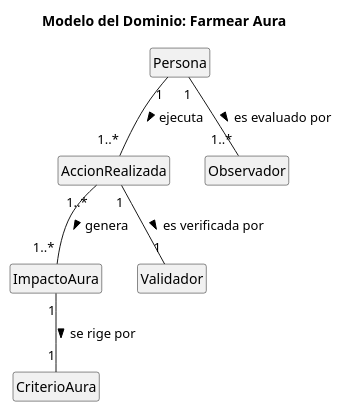
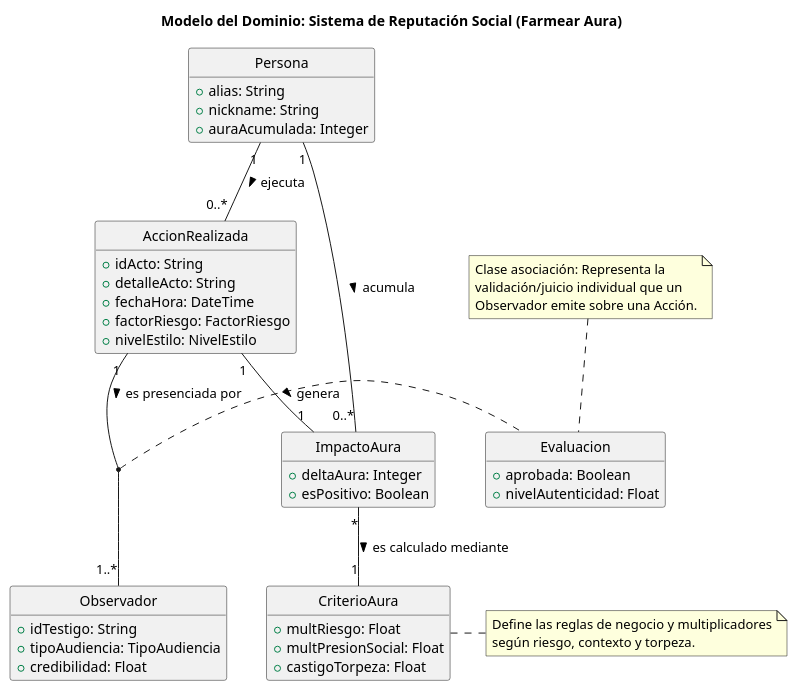
The diagram in entregas/MuciñoEmilio/FarmearAura/FarmearAura.puml (Emiliomuci/26-27-idsw1), drawn with PlantUML before and after one commit.

Commit message:
actualizar modelo de dominio y diagramas de FarmearAura
actualizar glosario, decisiones de modelado y diagrama UML con clase asociación

```diff
--- a/entregas/MuciñoEmilio/FarmearAura/FarmearAura.puml
+++ b/entregas/MuciñoEmilio/FarmearAura/FarmearAura.puml
@@ -1,20 +1,64 @@
 @startuml
 skinparam style strictuml
 hide empty members
 
-title Modelo del Dominio: Farmear Aura
+title Modelo del Dominio: Sistema de Reputación Social (Farmear Aura)
 
-class Persona
-class AccionRealizada
-class ImpactoAura
-class Observador
-class Validador
-class CriterioAura
+class Persona {
+  + alias: String
+  + nickname: String
+  + auraAcumulada: Integer
+}
 
-Persona "1" -- "1..*" AccionRealizada : ejecuta >
-AccionRealizada "1..*" -- "1..*" ImpactoAura : genera >
-Persona "1" -- "1..*" Observador : es evaluado por >
-AccionRealizada "1" -- "1" Validador : es verificada por >
-ImpactoAura "1" -- "1" CriterioAura : se rige por >
+class AccionRealizada {
+  + idActo: String
+  + detalleActo: String
+  + fechaHora: DateTime
+  + factorRiesgo: FactorRiesgo
+  + nivelEstilo: NivelEstilo
+}
+
+class Observador {
+  + idTestigo: String
+  + tipoAudiencia: TipoAudiencia
+  + credibilidad: Float
+}
+
+class Evaluacion {
+  + aprobada: Boolean
+  + nivelAutenticidad: Float
+}
+
+class CriterioAura {
+  + multRiesgo: Float
+  + multPresionSocial: Float
+  + castigoTorpeza: Float
+}
+
+class ImpactoAura {
+  + deltaAura: Integer
+  + esPositivo: Boolean
+}
+
+' Relaciones
+Persona "1" -- "0..*" AccionRealizada : ejecuta >
+Persona "1" -- "0..*" ImpactoAura : acumula >
+
+AccionRealizada "1" -- "1..*" Observador : es presenciada por >
+(AccionRealizada, Observador) .. Evaluacion
+
+AccionRealizada "1" -- "1" ImpactoAura : genera >
+ImpactoAura "*" -- "1" CriterioAura : es calculado mediante >
+
+note top of Evaluacion
+  Clase asociación: Representa la 
+  validación/juicio individual que un 
+  Observador emite sobre una Acción.
+end note
+
+note right of CriterioAura
+  Define las reglas de negocio y multiplicadores
+  según riesgo, contexto y torpeza.
+end note
 
 @enduml
```
